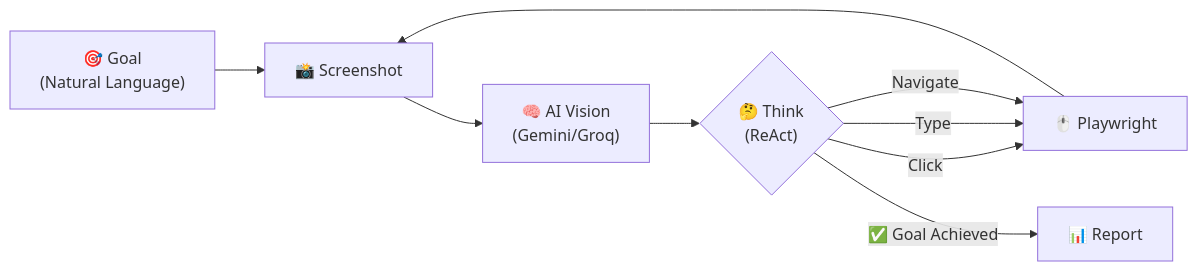
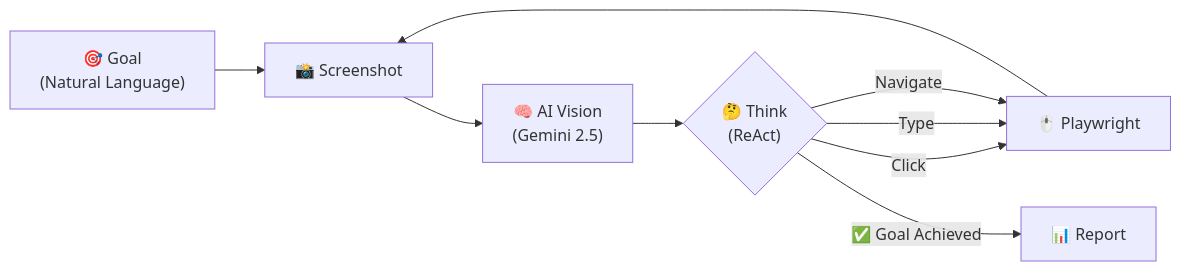
The diagram in README.md (MohamedGamal-Ahmed/Basir), drawn with Mermaid before and after one commit. The commit also changed other lines of this file and 626 other files, not shown here.

````diff
--- a/README.md
+++ b/README.md
@@ -81,11 +78,11 @@
 ```mermaid
 graph LR
     A["🎯 Goal\n(Natural Language)"] --> B["📸 Screenshot"]
-    B --> C["🧠 AI Vision\n(Gemini/Groq)"]
+    B --> C["🧠 AI Vision\n(Gemini 2.5)"]
     C --> D{"🤔 Think\n(ReAct)"}
     D -->|"Click"| E["🖱️ Playwright"]
     D -->|"Type"| E
     D -->|"Navigate"| E
     E --> B
     D -->|"✅ Goal Achieved"| F["📊 Report"]
 ```
````
